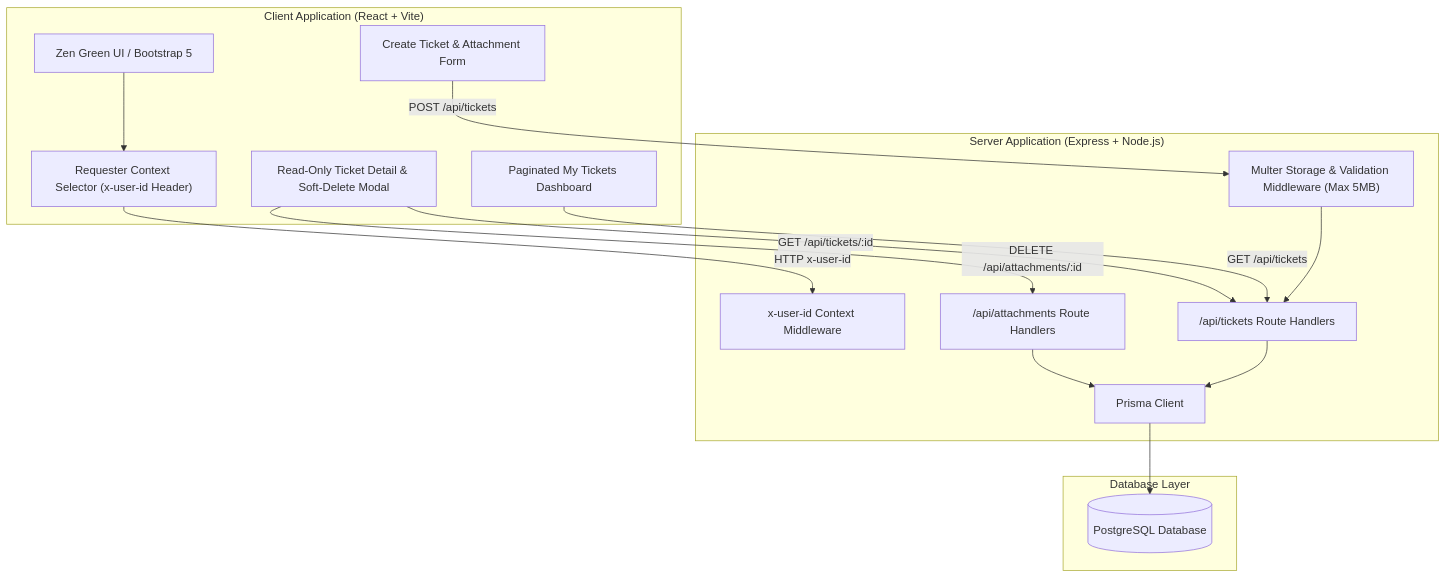
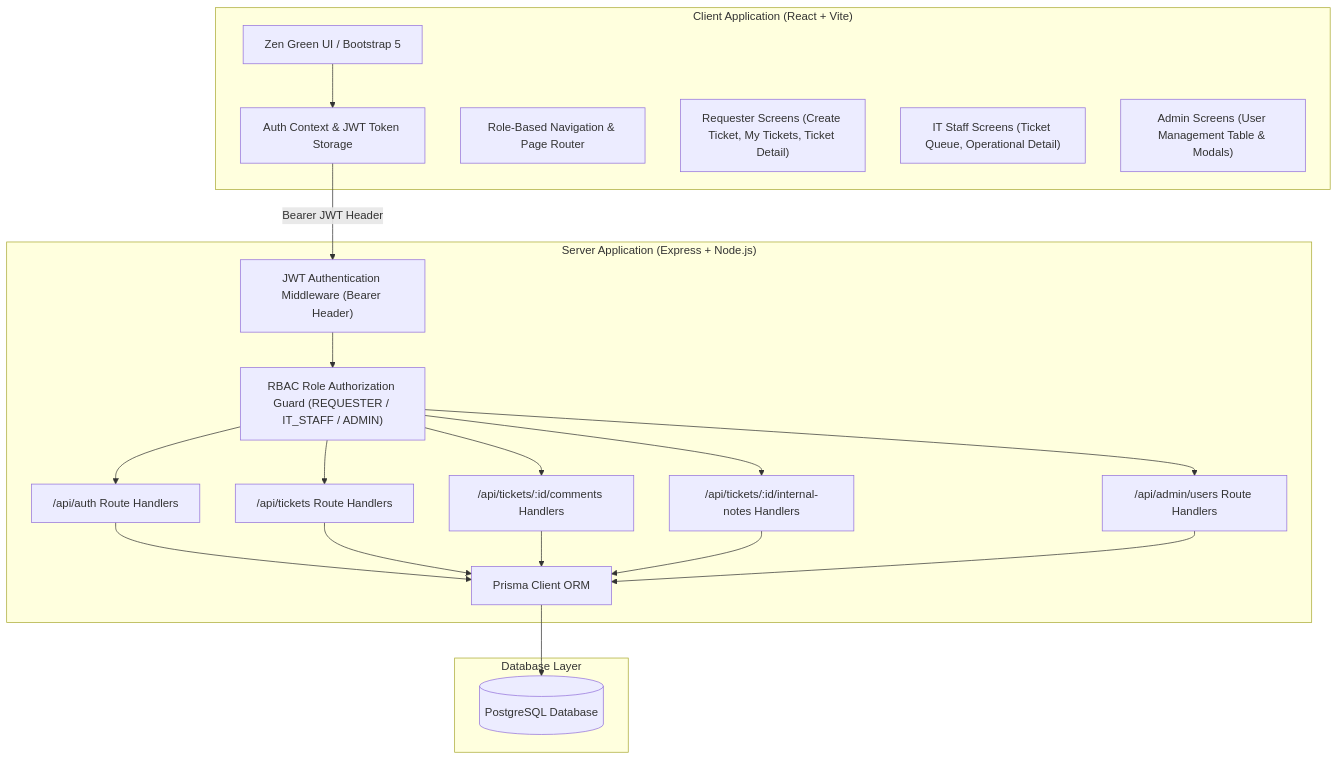
Before and after one commit to JEWKEW/TokTickIT: the first of 2 diagrams in README.md, drawn with Mermaid. The commit also changed other lines of this file and 25 other files, not shown here.

````diff
--- a/README.md
+++ b/README.md
@@ -45,33 +47,41 @@
 ```mermaid
 flowchart TD
     subgraph Client ["Client Application (React + Vite)"]
         UI["Zen Green UI / Bootstrap 5"]
-        Context["Requester Context Selector (x-user-id Header)"]
-        Forms["Create Ticket & Attachment Form"]
-        Dashboard["Paginated My Tickets Dashboard"]
-        Detail["Read-Only Ticket Detail & Soft-Delete Modal"]
+        AuthContext["Auth Context & JWT Token Storage"]
+        RoleRouter["Role-Based Navigation & Page Router"]
+        RequesterViews["Requester Screens (Create Ticket, My Tickets, Ticket Detail)"]
+        StaffViews["IT Staff Screens (Ticket Queue, Operational Detail)"]
+        AdminViews["Admin Screens (User Management Table & Modals)"]
     end
 
     subgraph Server ["Server Application (Express + Node.js)"]
-        AuthMiddleware["x-user-id Context Middleware"]
-        UploadMiddleware["Multer Storage & Validation Middleware (Max 5MB)"]
+        AuthMiddleware["JWT Authentication Middleware (Bearer Header)"]
+        RoleMiddleware["RBAC Role Authorization Guard (REQUESTER / IT_STAFF / ADMIN)"]
+        AuthRouter["/api/auth Route Handlers"]
         TicketRouter["/api/tickets Route Handlers"]
-        AttachmentRouter["/api/attachments Route Handlers"]
-        PrismaORM["Prisma Client"]
+        CommentsRouter["/api/tickets/:id/comments Handlers"]
+        NotesRouter["/api/tickets/:id/internal-notes Handlers"]
+        AdminRouter["/api/admin/users Route Handlers"]
+        PrismaORM["Prisma Client ORM"]
     end
 
     subgraph Database ["Database Layer"]
         PostgreSQL[("PostgreSQL Database")]
     end
 
-    UI --> Context
-    Context -->|HTTP x-user-id| AuthMiddleware
-    Forms -->|POST /api/tickets| UploadMiddleware
-    UploadMiddleware --> TicketRouter
-    Dashboard -->|GET /api/tickets| TicketRouter
-    Detail -->|GET /api/tickets/:id| TicketRouter
-    Detail -->|DELETE /api/attachments/:id| AttachmentRouter
+    UI --> AuthContext
+    AuthContext -->|Bearer JWT Header| AuthMiddleware
+    AuthMiddleware --> RoleMiddleware
+    RoleMiddleware --> AuthRouter
+    RoleMiddleware --> TicketRouter
+    RoleMiddleware --> CommentsRouter
+    RoleMiddleware --> NotesRouter
+    RoleMiddleware --> AdminRouter
+    AuthRouter --> PrismaORM
     TicketRouter --> PrismaORM
-    AttachmentRouter --> PrismaORM
+    CommentsRouter --> PrismaORM
+    NotesRouter --> PrismaORM
+    AdminRouter --> PrismaORM
     PrismaORM --> PostgreSQL
 ```
````
